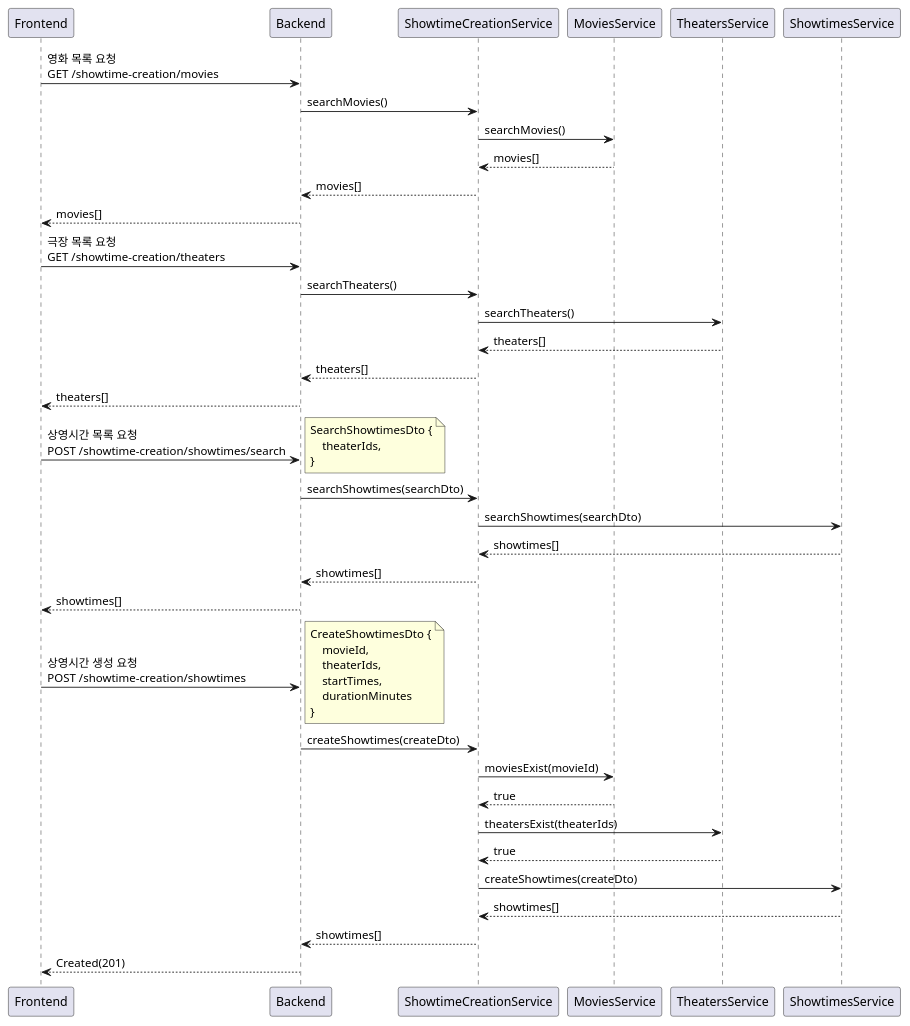
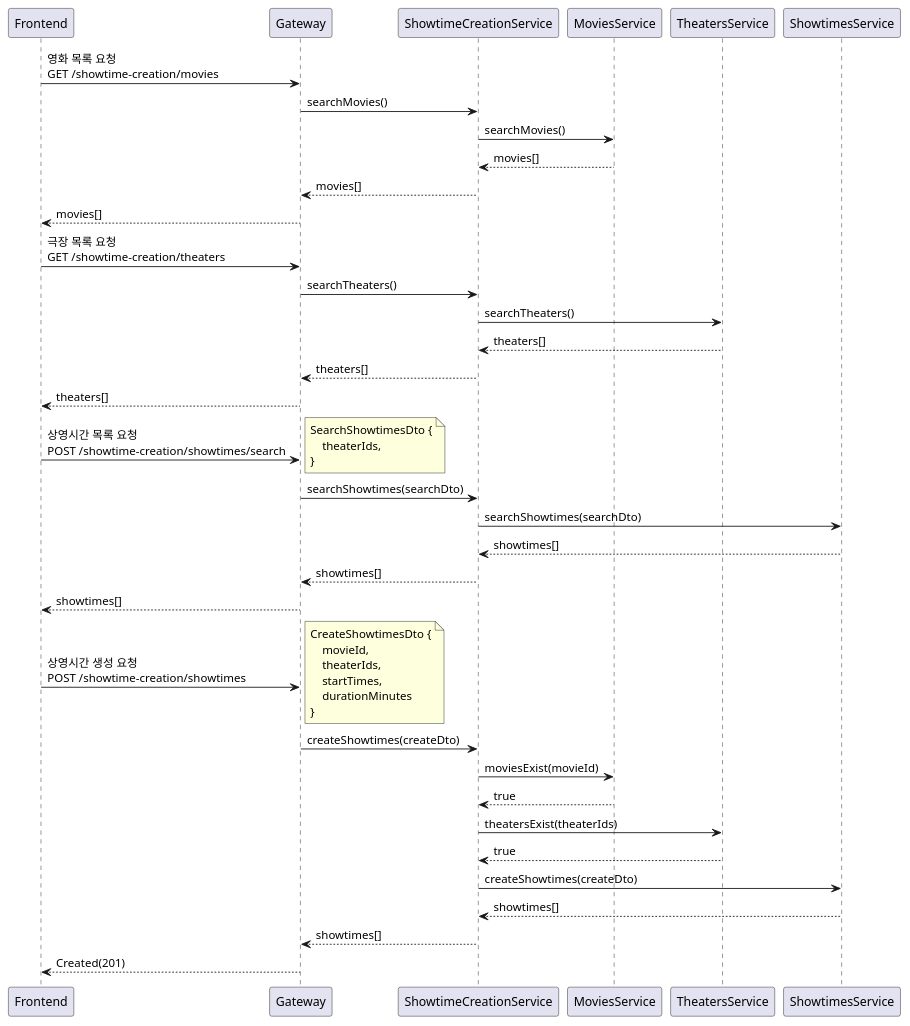
One commit to mannercode/mannercode.github.io changed diagram 14 of 14 in _posts/2025-05-01-backend-design-2.md. Above: the diagram before and after it, drawn with PlantUML. The commit also changed other lines of this file and 159 other files, not shown here.

First line of the commit message:
Add UML diagrams for Movie Booking System and update sequence diagrams

```diff
--- a/_posts/2025-05-01-backend-design-2.md
+++ b/_posts/2025-05-01-backend-design-2.md
@@ -586,51 +586,51 @@
 {% plantuml %}
 @startuml
-Frontend -> Backend: 영화 목록 요청\nGET /showtime-creation/movies
-    Backend -> ShowtimeCreationService: searchMovies()
+Frontend -> Gateway: 영화 목록 요청\nGET /showtime-creation/movies
+    Gateway -> ShowtimeCreationService: searchMovies()
         ShowtimeCreationService -> MoviesService: searchMovies()
         ShowtimeCreationService <-- MoviesService: movies[]
-    Backend <-- ShowtimeCreationService: movies[]
-Frontend <-- Backend: movies[]
+    Gateway <-- ShowtimeCreationService: movies[]
+Frontend <-- Gateway: movies[]
 
-Frontend -> Backend: 극장 목록 요청\nGET /showtime-creation/theaters
-    Backend -> ShowtimeCreationService: searchTheaters()
+Frontend -> Gateway: 극장 목록 요청\nGET /showtime-creation/theaters
+    Gateway -> ShowtimeCreationService: searchTheaters()
         ShowtimeCreationService -> TheatersService: searchTheaters()
         ShowtimeCreationService <-- TheatersService: theaters[]
-    Backend <-- ShowtimeCreationService: theaters[]
-Frontend <-- Backend: theaters[]
+    Gateway <-- ShowtimeCreationService: theaters[]
+Frontend <-- Gateway: theaters[]
 
-Frontend -> Backend: 상영시간 목록 요청\nPOST /showtime-creation/showtimes/search
+Frontend -> Gateway: 상영시간 목록 요청\nPOST /showtime-creation/showtimes/search
     note right
         SearchShowtimesDto {
             theaterIds,
         }
     end note
-    Backend -> ShowtimeCreationService: searchShowtimes(searchDto)
+    Gateway -> ShowtimeCreationService: searchShowtimes(searchDto)
         ShowtimeCreationService -> ShowtimesService: searchShowtimes(searchDto)
         ShowtimeCreationService <-- ShowtimesService: showtimes[]
-    Backend <-- ShowtimeCreationService: showtimes[]
-Frontend <-- Backend: showtimes[]
+    Gateway <-- ShowtimeCreationService: showtimes[]
+Frontend <-- Gateway: showtimes[]
 
-Frontend -> Backend: 상영시간 생성 요청\nPOST /showtime-creation/showtimes
+Frontend -> Gateway: 상영시간 생성 요청\nPOST /showtime-creation/showtimes
     note right
         CreateShowtimesDto {
             movieId,
             theaterIds,
             startTimes,
             durationMinutes
         }
     end note
-    Backend -> ShowtimeCreationService: createShowtimes(createDto)
+    Gateway -> ShowtimeCreationService: createShowtimes(createDto)
         ShowtimeCreationService -> MoviesService: moviesExist(movieId)
         ShowtimeCreationService <-- MoviesService: true
 
         ShowtimeCreationService -> TheatersService: theatersExist(theaterIds)
         ShowtimeCreationService <-- TheatersService: true
 
         ShowtimeCreationService -> ShowtimesService: createShowtimes(createDto)
         ShowtimeCreationService <-- ShowtimesService: showtimes[]
-    Backend <-- ShowtimeCreationService: showtimes[]
-Frontend <-- Backend: Created(201)
+    Gateway <-- ShowtimeCreationService: showtimes[]
+Frontend <-- Gateway: Created(201)
 
 @enduml
 {% endplantuml %}
```
